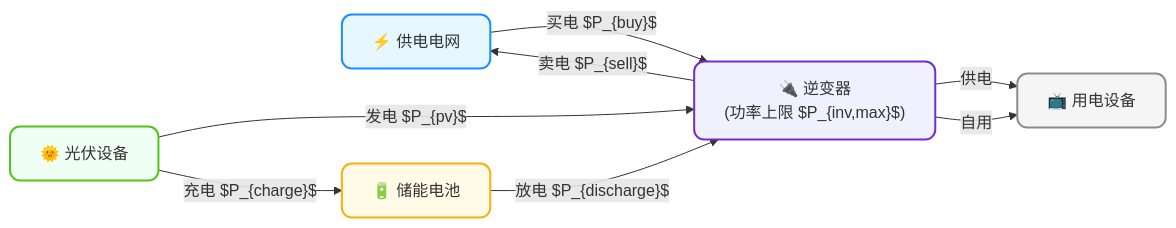
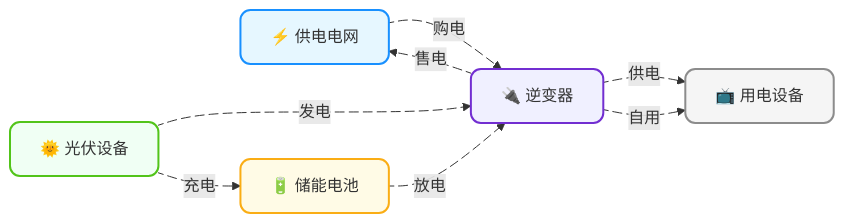
The second of 2 diagrams in content/docs/linear-programming/home-power-saving.md (techunder/posts), drawn with Mermaid before and after one commit. The commit also changed other lines of this file, not shown here.

````diff
--- a/content/docs/linear-programming/home-power-saving.md
+++ b/content/docs/linear-programming/home-power-saving.md
@@ -57,29 +59,37 @@
 ```mermaid
 flowchart LR
     Grid["⚡ 供电电网"]
     PV["🌞 光伏设备"]
-    Inverter["🔌 逆变器\n(功率上限 $P_{inv,max}$)"]
+    Inverter["🔌 逆变器"]
     Battery["🔋 储能电池"]
     Appliance["📺 用电设备"]
 
     %% 电网供电
-    Grid    -->|"买电 $P_{buy}$"| Inverter
-    Inverter -->|"供电"| Appliance
+    Grid     e1@--购电--> Inverter
+    Inverter e2@--供电--> Appliance
 
     %% 光伏供电
-    PV -->|"发电 $P_{pv}$"| Inverter
-    Inverter -->|"自用"| Appliance
+    PV       e3@--发电--> Inverter
+    Inverter e4@--自用--> Appliance
 
     %% 光伏充电
-    PV -->|"充电 $P_{charge}$"| Battery
-    Battery -->|"放电 $P_{discharge}$"| Inverter
+    PV      e5@--充电--> Battery
+    Battery e6@--放电--> Inverter
 
     %% 余电上网
-    Inverter -->|"卖电 $P_{sell}$"| Grid
+    Inverter e7@--售电--> Grid
 
     style Grid      fill:#e6f7ff,stroke:#1890ff,stroke-width:2px,rx:10
     style PV        fill:#f0fff4,stroke:#52c41a,stroke-width:2px,rx:10
     style Battery   fill:#fffbe6,stroke:#faad14,stroke-width:2px,rx:10
     style Appliance fill:#f5f5f5,stroke:#8c8c8c,stroke-width:2px,rx:10
     style Inverter  fill:#f0f0ff,stroke:#722ed1,stroke-width:2px,rx:10
+
+    e1@{ animate: true }
+    e2@{ animate: true }
+    e3@{ animate: true }
+    e4@{ animate: true }
+    e5@{ animate: true }
+    e6@{ animate: true }
+    e7@{ animate: true }
 ```
````
